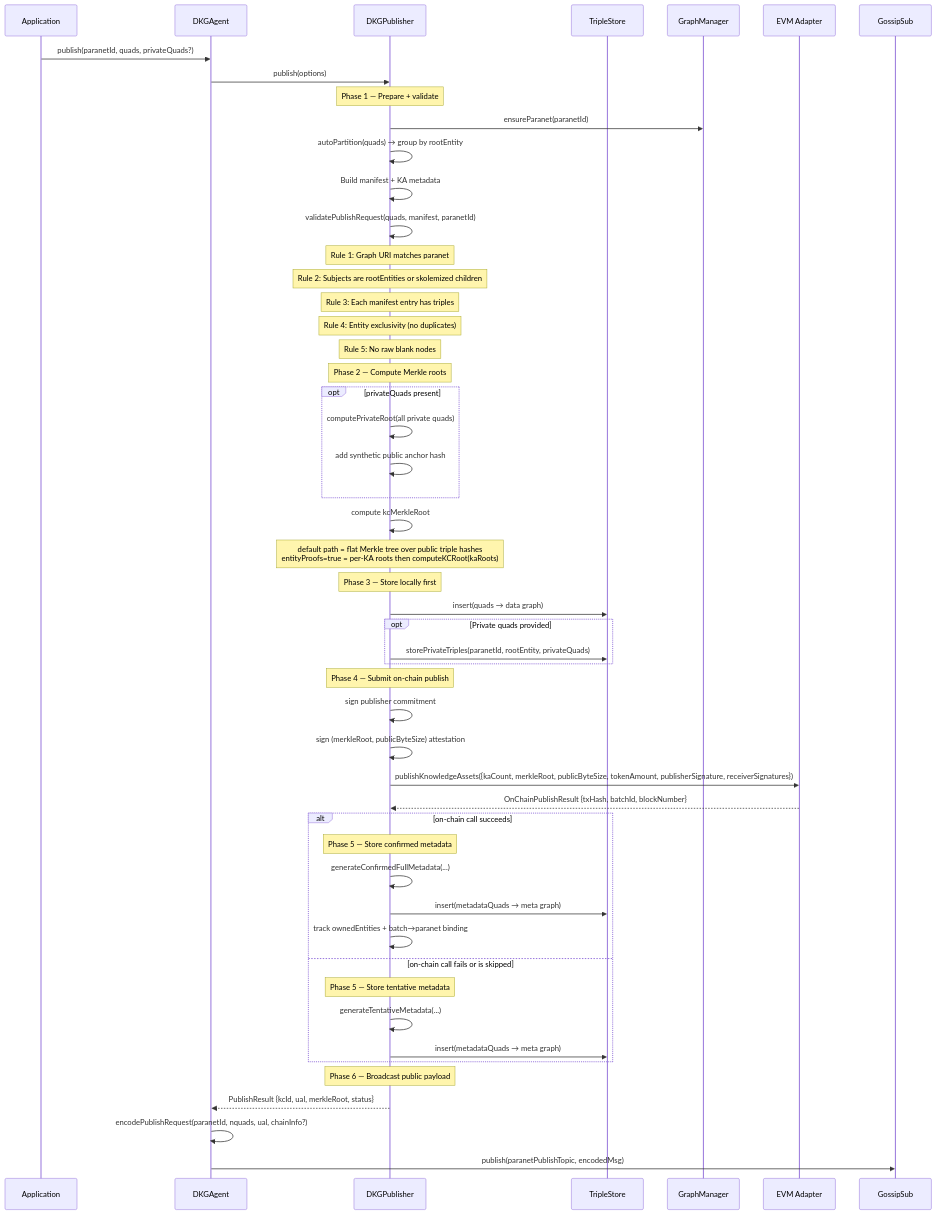
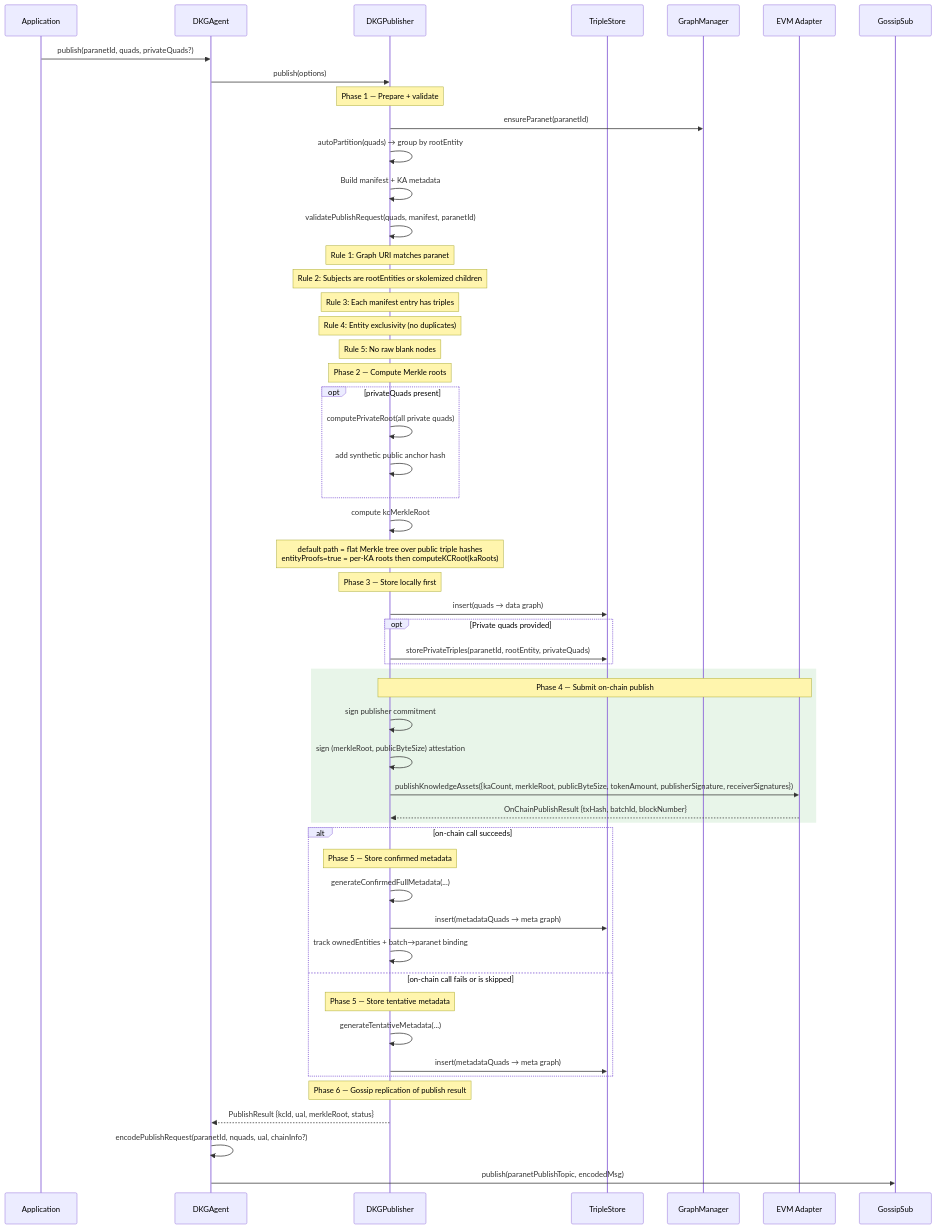
One commit to OriginTrail/dkg changed the second of 15 diagrams in docs/v9-protocol-operations.md. Above: the diagram before and after it, drawn with Mermaid. The commit also changed other lines of this file, not shown here.

Commit message:
docs: correct v9 publish flow and add consensus guidance for updates

````diff
--- a/docs/v9-protocol-operations.md
+++ b/docs/v9-protocol-operations.md
@@ -92,67 +95,68 @@
 ```mermaid
 sequenceDiagram
     participant App as Application
     participant Agent as DKGAgent
     participant Pub as DKGPublisher
     participant Store as TripleStore
     participant GM as GraphManager
     participant Chain as EVM Adapter
     participant GS as GossipSub
 
     App->>Agent: publish(paranetId, quads, privateQuads?)
 
     Agent->>Pub: publish(options)
 
     Note over Pub: Phase 1 — Prepare + validate
 
     Pub->>GM: ensureParanet(paranetId)
     Pub->>Pub: autoPartition(quads) → group by rootEntity
     Pub->>Pub: Build manifest + KA metadata
     Pub->>Pub: validatePublishRequest(quads, manifest, paranetId)
     Note over Pub: Rule 1: Graph URI matches paranet
     Note over Pub: Rule 2: Subjects are rootEntities or skolemized children
     Note over Pub: Rule 3: Each manifest entry has triples
     Note over Pub: Rule 4: Entity exclusivity (no duplicates)
     Note over Pub: Rule 5: No raw blank nodes
 
     Note over Pub: Phase 2 — Compute Merkle roots
 
     opt privateQuads present
         Pub->>Pub: computePrivateRoot(all private quads)
         Pub->>Pub: add synthetic public anchor hash
     end
     Pub->>Pub: compute kcMerkleRoot
     Note over Pub: default path = flat Merkle tree over public triple hashes<br/>entityProofs=true = per-KA roots then computeKCRoot(kaRoots)
 
     Note over Pub: Phase 3 — Store locally first
 
     Pub->>Store: insert(quads → data graph)
     opt Private quads provided
         Pub->>Store: storePrivateTriples(paranetId, rootEntity, privateQuads)
     end
 
-    Note over Pub: Phase 4 — Submit on-chain publish
-
-    Pub->>Pub: sign publisher commitment
-    Pub->>Pub: sign (merkleRoot, publicByteSize) attestation
-    Pub->>Chain: publishKnowledgeAssets({kaCount, merkleRoot, publicByteSize, tokenAmount, publisherSignature, receiverSignatures})
-    Chain-->>Pub: OnChainPublishResult {txHash, batchId, blockNumber}
+    rect rgb(232, 245, 233)
+        Note over Pub,Chain: Phase 4 — Submit on-chain publish
+        Pub->>Pub: sign publisher commitment
+        Pub->>Pub: sign (merkleRoot, publicByteSize) attestation
+        Pub->>Chain: publishKnowledgeAssets({kaCount, merkleRoot, publicByteSize, tokenAmount, publisherSignature, receiverSignatures})
+        Chain-->>Pub: OnChainPublishResult {txHash, batchId, blockNumber}
+    end
 
     alt on-chain call succeeds
         Note over Pub: Phase 5 — Store confirmed metadata
 
         Pub->>Pub: generateConfirmedFullMetadata(...)
         Pub->>Store: insert(metadataQuads → meta graph)
         Pub->>Pub: track ownedEntities + batch→paranet binding
     else on-chain call fails or is skipped
         Note over Pub: Phase 5 — Store tentative metadata
         Pub->>Pub: generateTentativeMetadata(...)
         Pub->>Store: insert(metadataQuads → meta graph)
     end
 
-    Note over Pub: Phase 6 — Broadcast public payload
+    Note over Pub: Phase 6 — Gossip replication of publish result
 
     Pub-->>Agent: PublishResult {kcId, ual, merkleRoot, status}
     Agent->>Agent: encodePublishRequest(paranetId, nquads, ual, chainInfo?)
     Agent->>GS: publish(paranetPublishTopic, encodedMsg)
 ```
````
